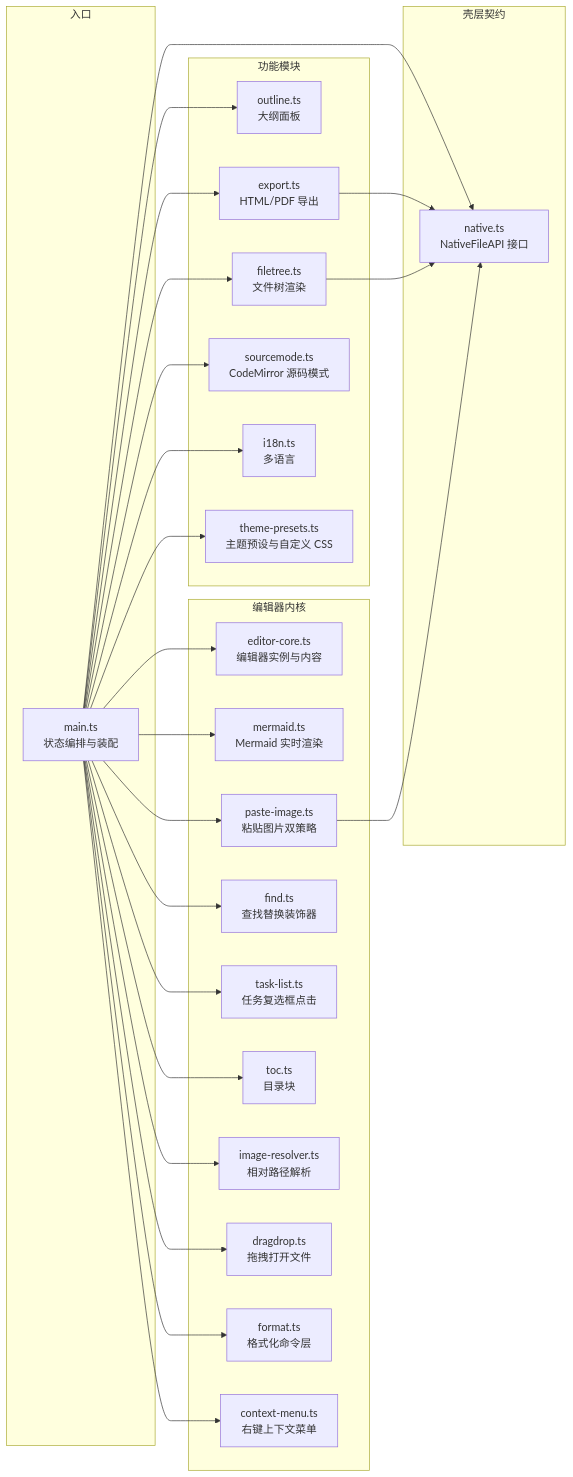
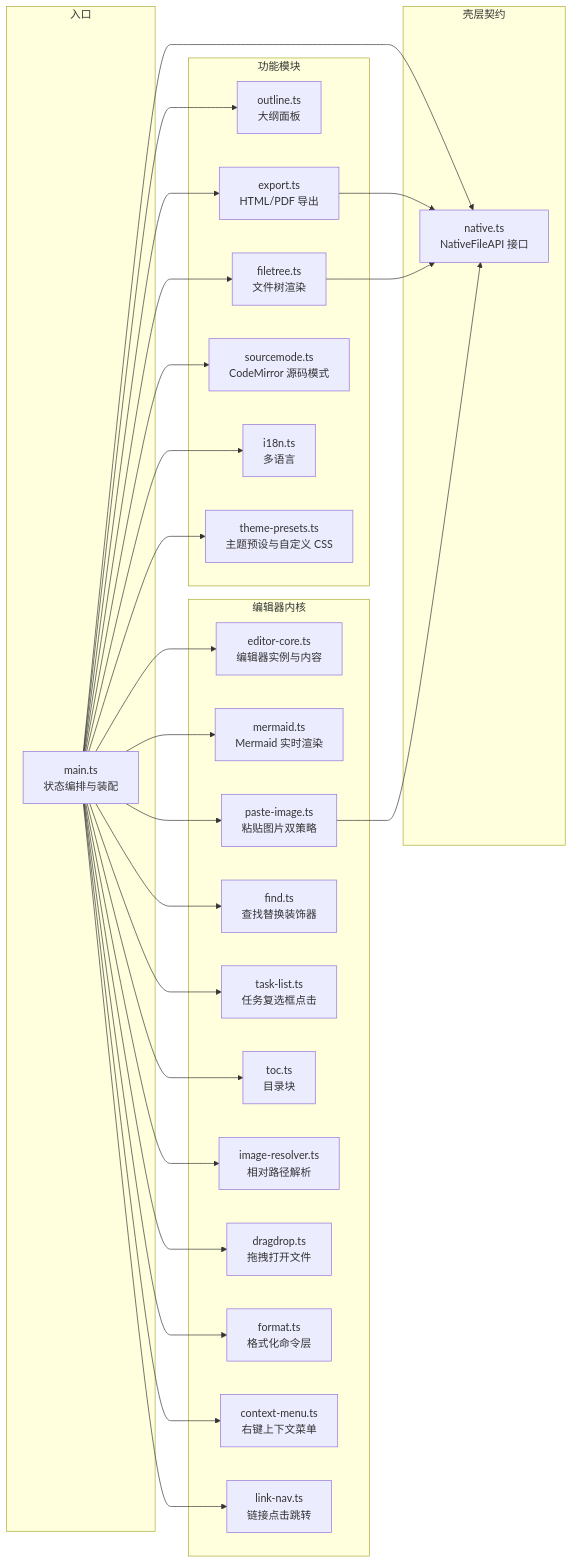
One commit to ChiangyangNPU/for-mark changed the third of 4 diagrams in docs/架构设计.md. Above: the diagram before and after it, drawn with Mermaid. The commit also changed other lines of this file and 13 other files, not shown here.

````diff
--- a/docs/架构设计.md
+++ b/docs/架构设计.md
@@ -85,53 +85,55 @@
 ```mermaid
 flowchart LR
     subgraph 入口
         MAIN[main.ts<br/>状态编排与装配]
     end
 
     subgraph 编辑器内核
         EDITOR[editor-core.ts<br/>编辑器实例与内容]
         MERMAID[mermaid.ts<br/>Mermaid 实时渲染]
         PASTE[paste-image.ts<br/>粘贴图片双策略]
         FIND[find.ts<br/>查找替换装饰器]
         TASK[task-list.ts<br/>任务复选框点击]
         TOC[toc.ts<br/>目录块]
         IMGRES[image-resolver.ts<br/>相对路径解析]
         DROP[dragdrop.ts<br/>拖拽打开文件]
         FMT[format.ts<br/>格式化命令层]
         CTXMENU[context-menu.ts<br/>右键上下文菜单]
+        LINKNAV[link-nav.ts<br/>链接点击跳转]
     end
 
     subgraph 功能模块
         OUTLINE[outline.ts<br/>大纲面板]
         TREE[filetree.ts<br/>文件树渲染]
         EX[export.ts<br/>HTML/PDF 导出]
         SRC[sourcemode.ts<br/>CodeMirror 源码模式]
         I18N[i18n.ts<br/>多语言]
         THEMEPRESET[theme-presets.ts<br/>主题预设与自定义 CSS]
     end
 
     subgraph 壳层契约
         NATIVE[native.ts<br/>NativeFileAPI 接口]
     end
 
     MAIN --> EDITOR
     MAIN --> MERMAID
     MAIN --> PASTE
     MAIN --> FIND
     MAIN --> TASK
     MAIN --> TOC
     MAIN --> IMGRES
     MAIN --> DROP
     MAIN --> FMT
     MAIN --> CTXMENU
+    MAIN --> LINKNAV
     MAIN --> OUTLINE
     MAIN --> TREE
     MAIN --> EX
     MAIN --> SRC
     MAIN --> I18N
     MAIN --> THEMEPRESET
     MAIN --> NATIVE
     EX --> NATIVE
     TREE --> NATIVE
     PASTE --> NATIVE
 ```
````
